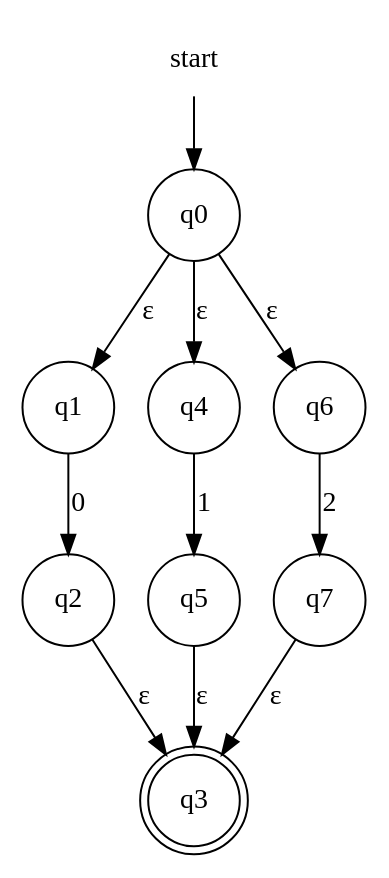
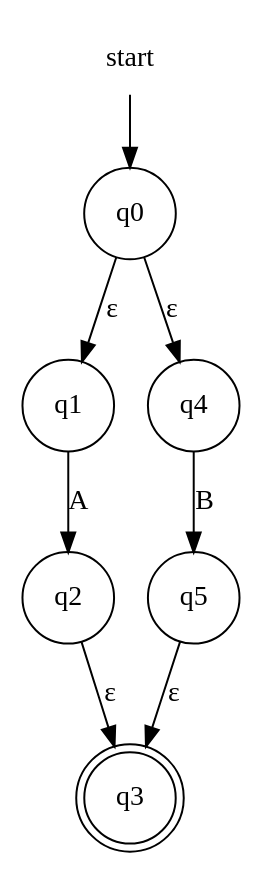
The diagram in fase1/RE-eNFA/regex_13.dot (evertheylen/TA_TO), drawn with Graphviz before and after one commit. The commit also changed 22 other files, not shown here.

Commit message:
Regex naar eNFA is nu product quality code, met comments, er is wel 1 conventie voor de input regex nl ==> concateneren moet gebeuren aan de hand van een . git add -A

```diff
--- a/fase1/RE-eNFA/regex_13.dot
+++ b/fase1/RE-eNFA/regex_13.dot
@@ -1,15 +1,12 @@
 digraph automaton {
     node [shape=none]; start;
     node [shape=doublecircle]; "q3";
     node [shape=circle];
     start -> "q0";
     "q0" -> "q1" [label="&epsilon;"];
     "q0" -> "q4" [label="&epsilon;"];
-    "q0" -> "q6" [label="&epsilon;"];
-    "q1" -> "q2" [label="0"];
+    "q1" -> "q2" [label="A"];
     "q2" -> "q3" [label="&epsilon;"];
-    "q4" -> "q5" [label="1"];
+    "q4" -> "q5" [label="B"];
     "q5" -> "q3" [label="&epsilon;"];
-    "q6" -> "q7" [label="2"];
-    "q7" -> "q3" [label="&epsilon;"];
 }
```
